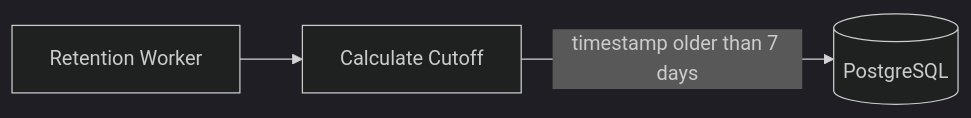
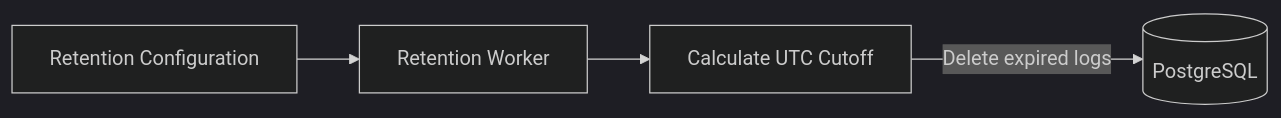
One commit to HAMLEG448/log-management-demo changed diagram 14 of 14 in docs/data-flow.md. Above: the diagram before and after it, drawn with Mermaid (dark theme). The commit also changed other lines of this file and 2 other files, not shown here.

````diff
--- a/docs/data-flow.md
+++ b/docs/data-flow.md
@@ -249,9 +732,11 @@
 ```mermaid
 flowchart LR
     WORKER[Retention Worker]
-    CUTOFF[Calculate Cutoff]
+    CONFIG[Retention Configuration]
+    CUTOFF[Calculate UTC Cutoff]
     DB[(PostgreSQL)]
 
+    CONFIG --> WORKER
     WORKER --> CUTOFF
-    CUTOFF -->|timestamp older than 7 days| DB
+    CUTOFF -->|Delete expired logs| DB
 ```
````
